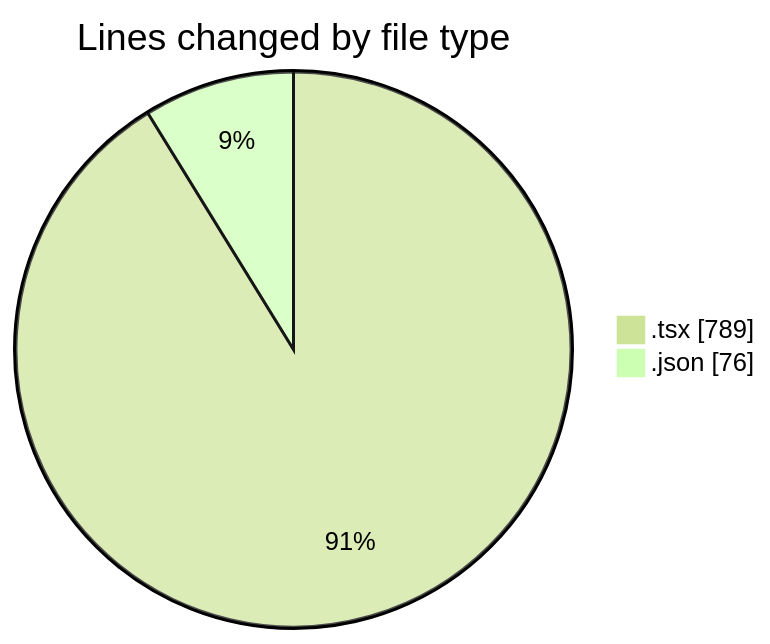
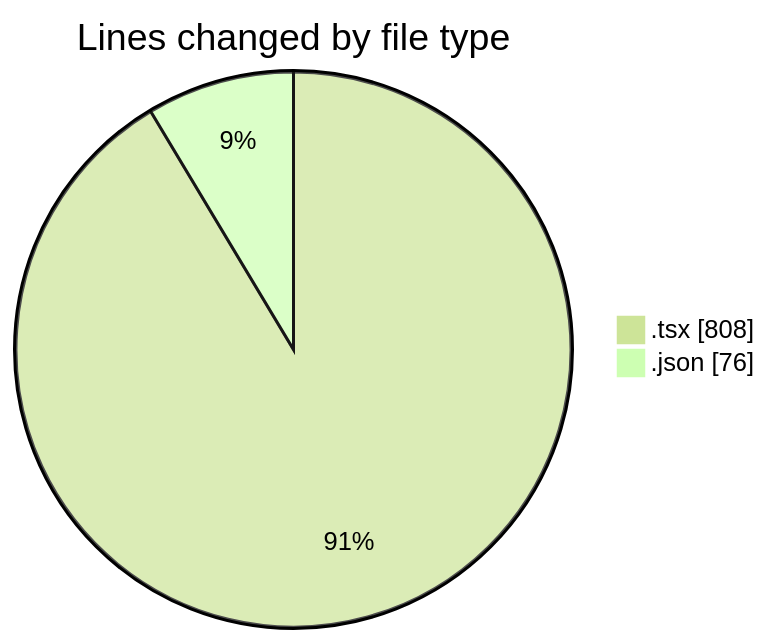
The first of 2 diagrams in 2026-01-30/nxtqube_webapp/README.md (nxtqubesakshisongat/code-tracking), drawn with Mermaid (forest theme) before and after one commit. The commit also changed other lines of this file and 1 other file, not shown here.

````diff
--- a/2026-01-30/nxtqube_webapp/README.md
+++ b/2026-01-30/nxtqube_webapp/README.md
@@ -23,6 +23,6 @@
 ```mermaid
 pie showData
 title Lines changed by file type
-".tsx" : 789
+".tsx" : 808
 ".json" : 76
 ```
````
